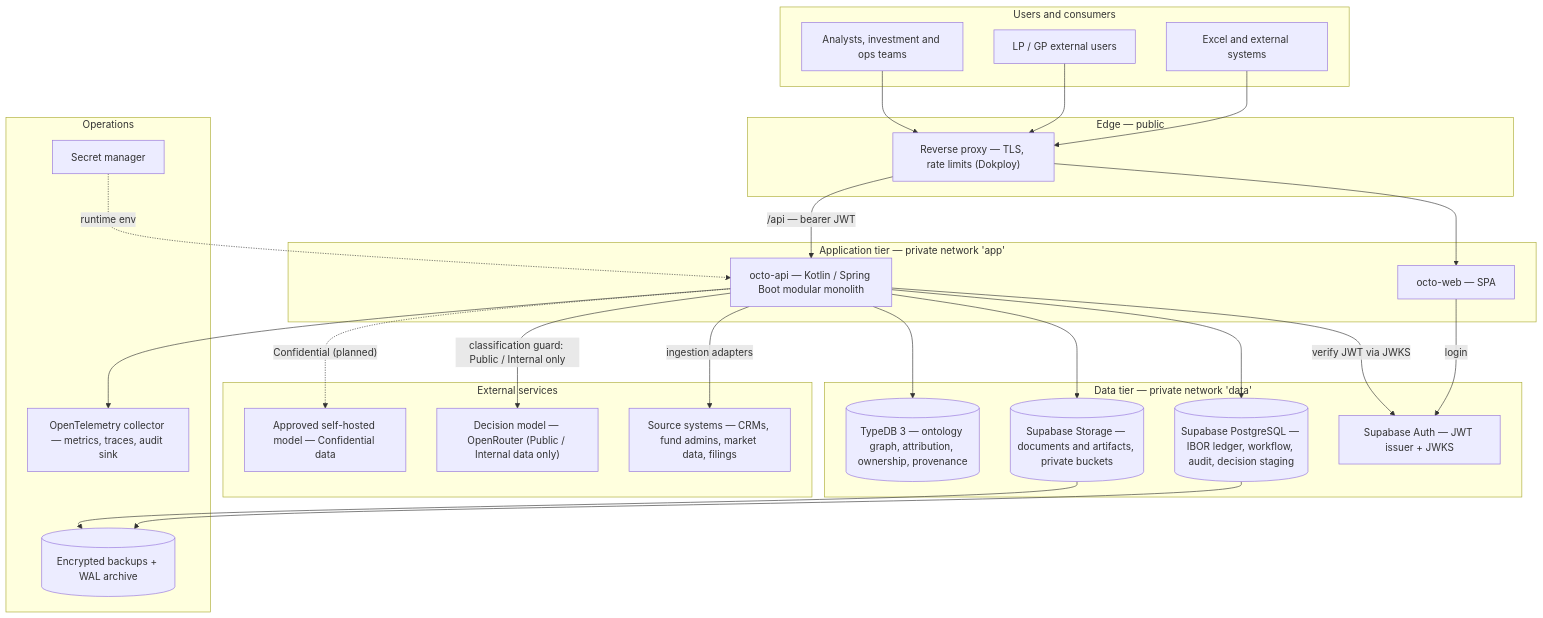
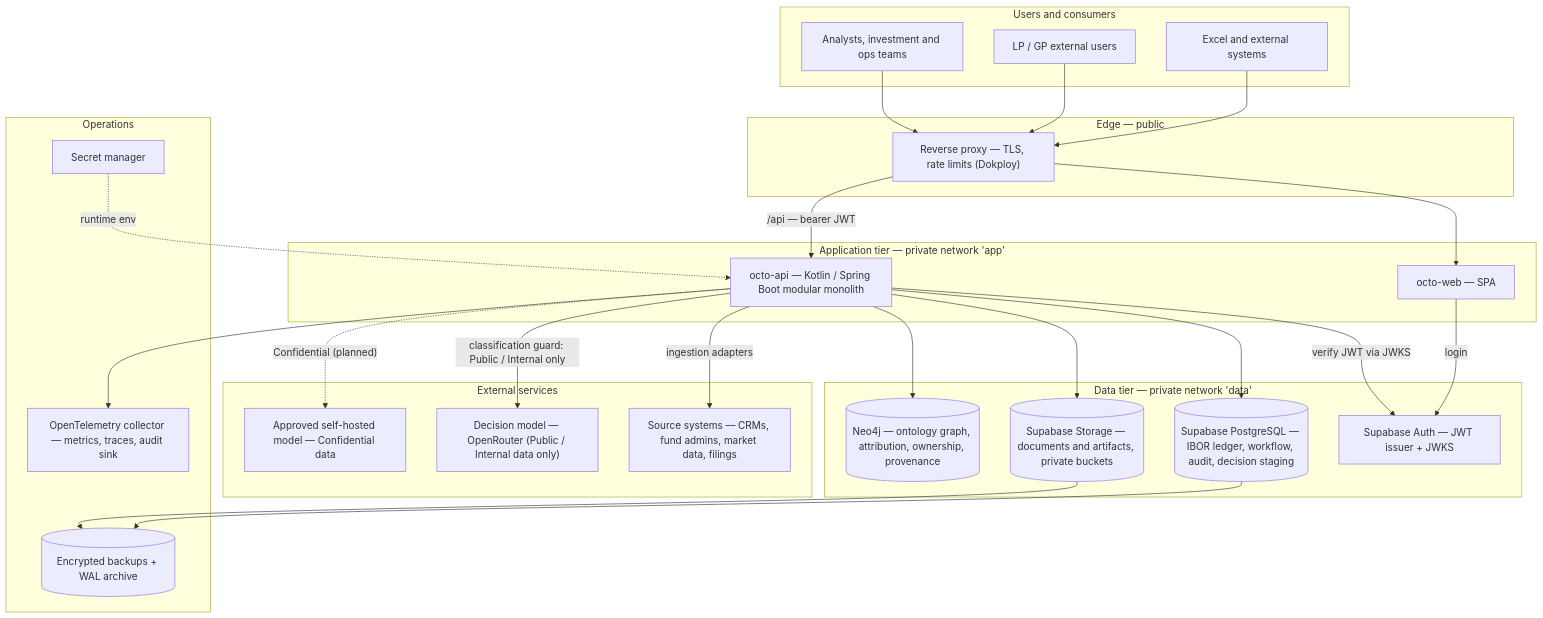
One commit to TANTIRA/OCTO changed the first of 15 diagrams in docs/system-design.md. Above: the diagram before and after it, drawn with Mermaid. The commit also changed other lines of this file and 40 other files, not shown here.

First line of the commit message:
feat: Neo4j graph store — provisioning + Cypher schema of record (#190)

````diff
--- a/docs/system-design.md
+++ b/docs/system-design.md
@@ -21,53 +21,53 @@
 ```mermaid
 flowchart TB
   subgraph USERS["Users and consumers"]
     AN["Analysts, investment and ops teams"]
     LP["LP / GP external users"]
     XL["Excel and external systems"]
   end
 
   subgraph EDGE["Edge — public"]
     RP["Reverse proxy — TLS, rate limits (Dokploy)"]
   end
 
   subgraph APP["Application tier — private network 'app'"]
     WEB["octo-web — SPA"]
     API["octo-api — Kotlin / Spring Boot modular monolith"]
   end
 
   subgraph DATA["Data tier — private network 'data'"]
     PG[("Supabase PostgreSQL — IBOR ledger, workflow, audit, decision staging")]
     AUTH["Supabase Auth — JWT issuer + JWKS"]
     ST[("Supabase Storage — documents and artifacts, private buckets")]
-    TDB[("TypeDB 3 — ontology graph, attribution, ownership, provenance")]
+    TDB[("Neo4j — ontology graph, attribution, ownership, provenance")]
   end
 
   subgraph EXT["External services"]
     SRC["Source systems — CRMs, fund admins, market data, filings"]
     LLM["Decision model — OpenRouter (Public / Internal data only)"]
     SHM["Approved self-hosted model — Confidential data"]
   end
 
   subgraph OPS["Operations"]
     OTEL["OpenTelemetry collector — metrics, traces, audit sink"]
     BAK[("Encrypted backups + WAL archive")]
     SEC["Secret manager"]
   end
 
   AN & LP --> RP
   XL --> RP
   RP --> WEB
   RP -->|"/api — bearer JWT"| API
   WEB -->|login| AUTH
   API -->|verify JWT via JWKS| AUTH
   API --> PG
   API --> ST
   API --> TDB
   API -->|ingestion adapters| SRC
   API -->|"classification guard: Public / Internal only"| LLM
   API -.->|"Confidential (planned)"| SHM
   API --> OTEL
   PG --> BAK
   ST --> BAK
   SEC -.->|runtime env| API
 ```
````
